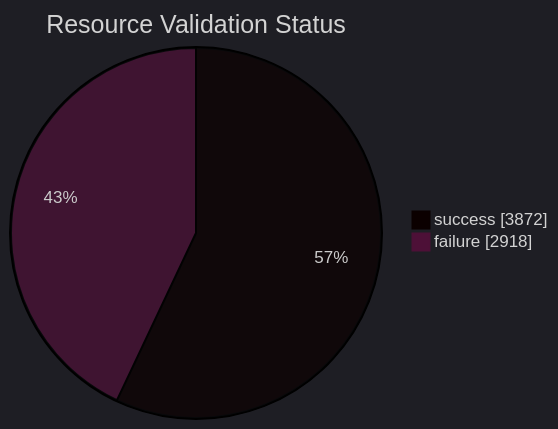
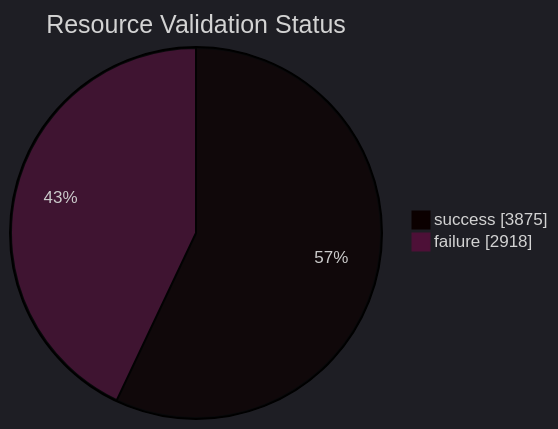
One commit to open-data/analytics-corporate-reporting changed the diagram in datastore_tracker/resource_validation_status_pie_chart.md. Above: the diagram before and after it, drawn with Mermaid. The commit also changed 9 other files, not shown here.

````diff
--- a/datastore_tracker/resource_validation_status_pie_chart.md
+++ b/datastore_tracker/resource_validation_status_pie_chart.md
@@ -2,9 +2,9 @@
 ```mermaid
 ---
 config:
   theme: dark
 ---
 pie showData title Resource Validation Status
-    "success": 3872
+    "success": 3875
     "failure": 2918
 ```
````
